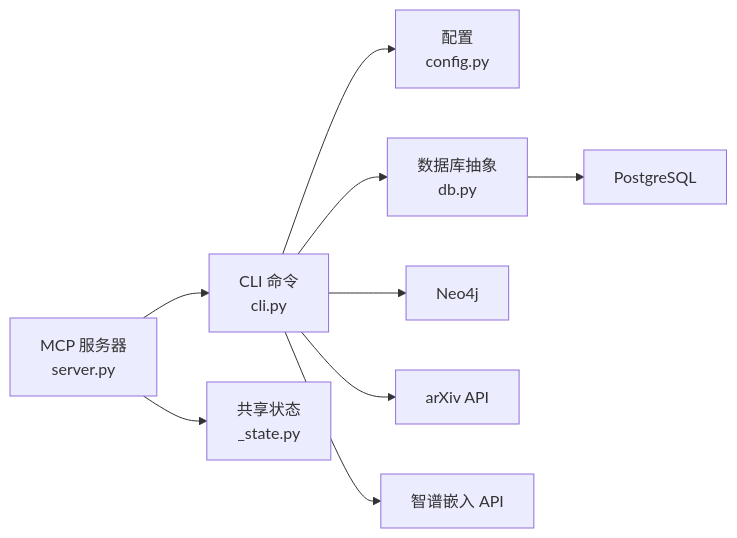
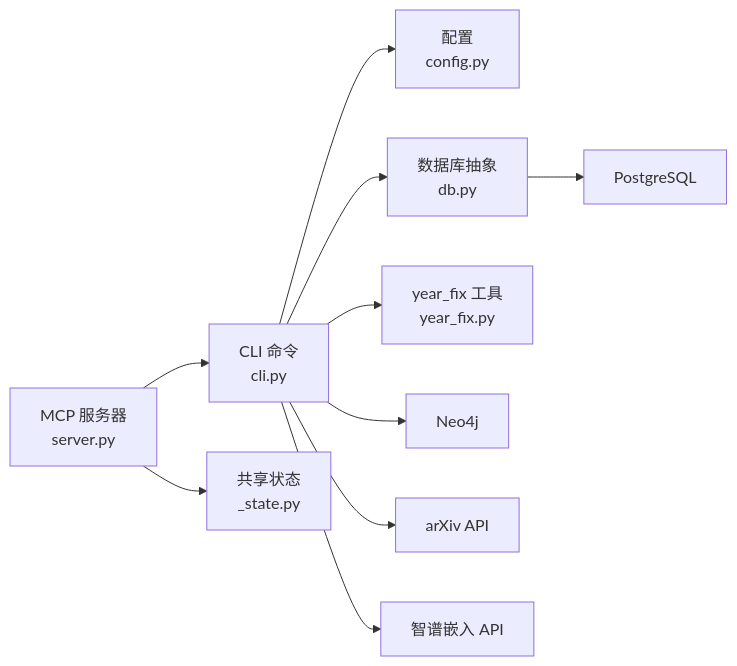
One commit to 1173591564/academic-based-qoder changed the fifth of 5 diagrams in .qoder/repowiki/zh/content/API参考文档/MCP工具API.md. Above: the diagram before and after it, drawn with Mermaid. The commit also changed other lines of this file and 81 other files, not shown here.

````diff
--- a/.qoder/repowiki/zh/content/API参考文档/MCP工具API.md
+++ b/.qoder/repowiki/zh/content/API参考文档/MCP工具API.md
@@ -365,11 +382,12 @@
 ```mermaid
 graph LR
 MCP["MCP 服务器<br/>server.py"] --> CLI["CLI 命令<br/>cli.py"]
 MCP --> State["共享状态<br/>_state.py"]
 CLI --> CFG["配置<br/>config.py"]
 CLI --> DB["数据库抽象<br/>db.py"]
+CLI --> YearFix["year_fix 工具<br/>year_fix.py"]
 DB --> PG["PostgreSQL"]
 CLI --> Neo4j["Neo4j"]
 CLI --> Arxiv["arXiv API"]
 CLI --> Zhipu["智谱嵌入 API"]
 ```
````
